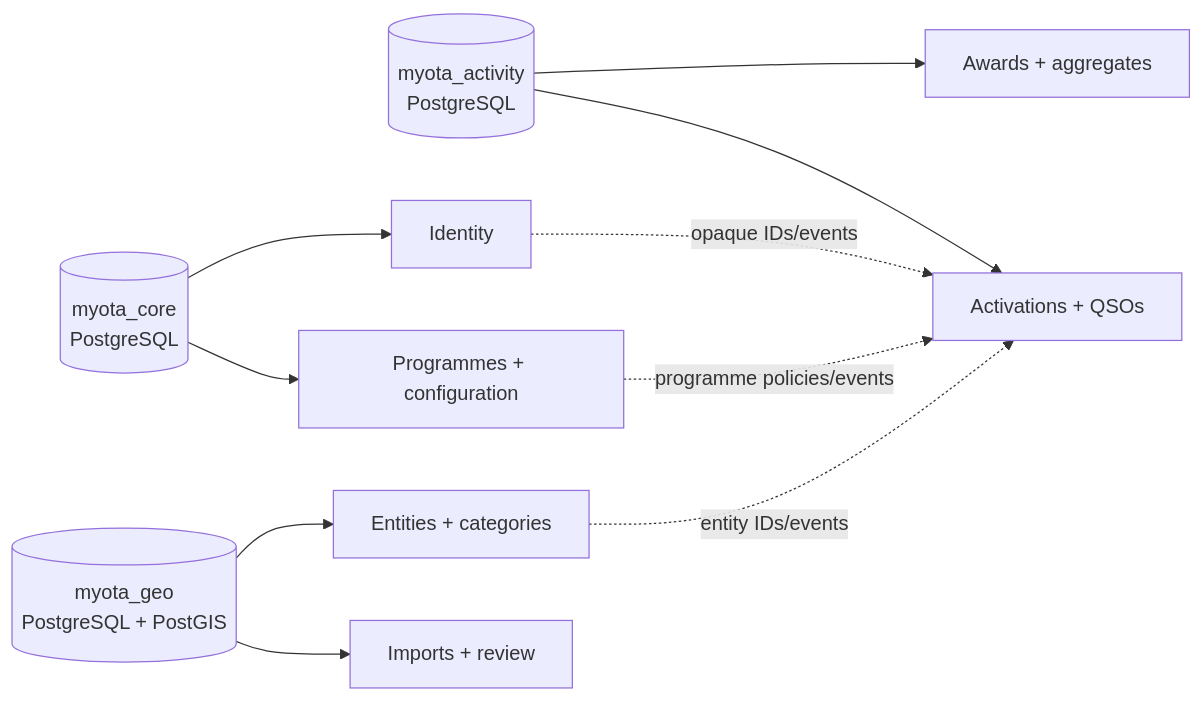
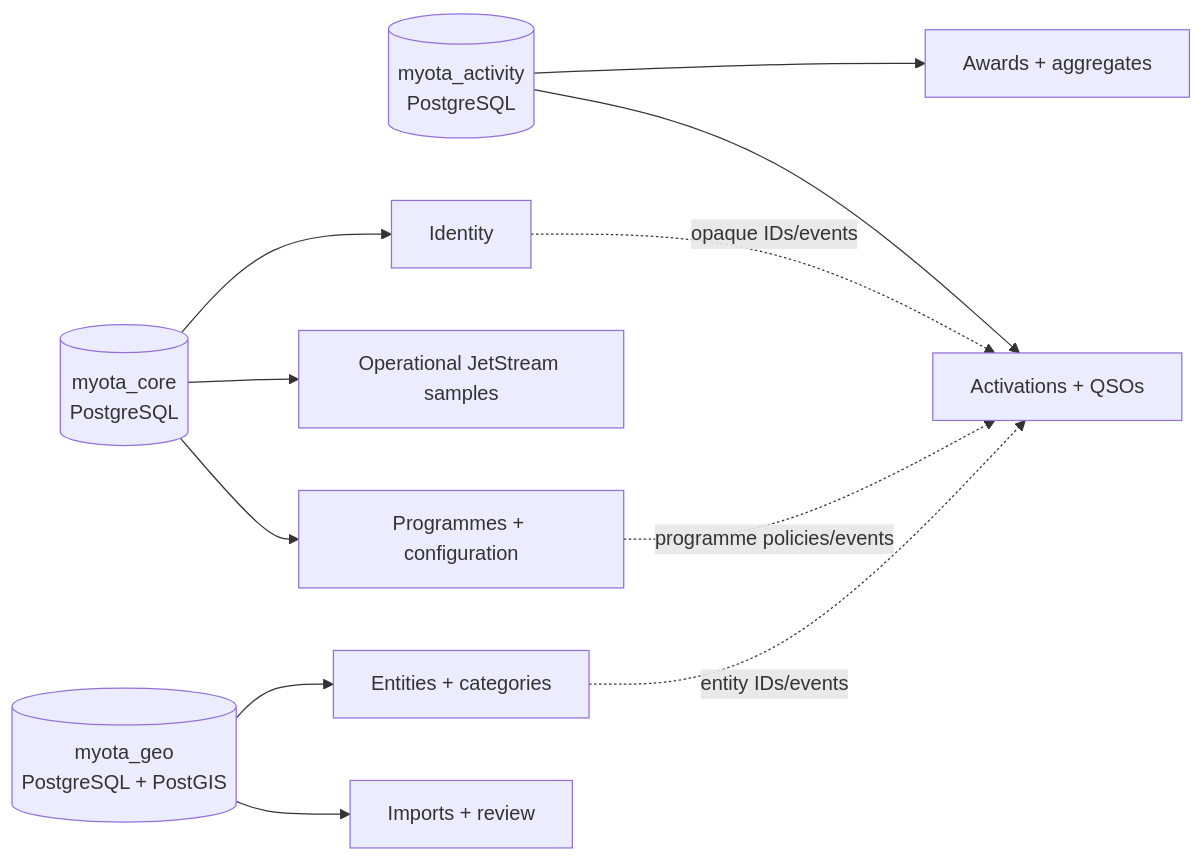
Before and after one commit to myota-platform/myota-docs: the first of 2 diagrams in docs/diagrams/data-model.md, drawn with Mermaid. The commit also changed other lines of this file and 11 other files, not shown here.

First line of the commit message:
docs(architecture): close geodata process-state phase and document JetStream administration

````diff
--- a/docs/diagrams/data-model.md
+++ b/docs/diagrams/data-model.md
@@ -11,12 +11,13 @@
 ```mermaid
 flowchart LR
   Core[(myota_core\nPostgreSQL)] --> Identity[Identity]
   Core --> Programme[Programmes + configuration]
+  Core --> Operations[Operational JetStream samples]
   Activity[(myota_activity\nPostgreSQL)] --> Execution[Activations + QSOs]
   Activity --> Awards[Awards + aggregates]
   Geo[(myota_geo\nPostgreSQL + PostGIS)] --> Entities[Entities + categories]
   Geo --> Imports[Imports + review]
   Identity -. opaque IDs/events .-> Execution
   Programme -. programme policies/events .-> Execution
   Entities -. entity IDs/events .-> Execution
 ```
````
